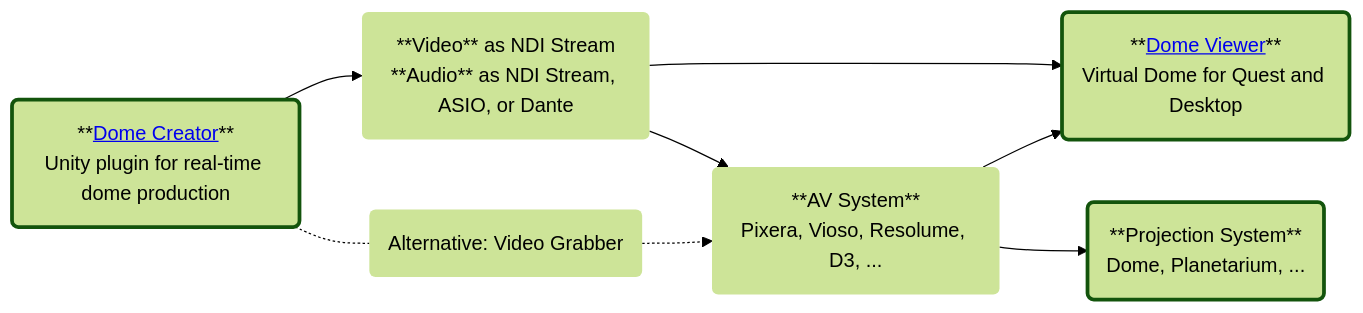
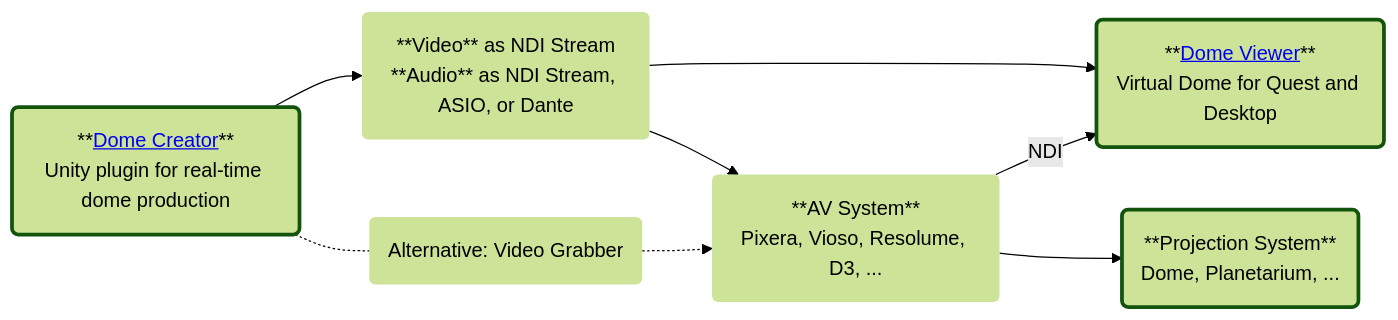
Before and after one commit to prefrontalcortex/DomeTools: the diagram in README.md, drawn with Mermaid (forest theme). The commit also changed other lines of this file and 1 other file, not shown here.

Commit message:
slight update to diagram and Dome Viewer description

````diff
--- a/README.md
+++ b/README.md
@@ -8,21 +8,21 @@
 ```mermaid
 flowchart LR;
     Creator("**<a href="https://github.com/prefrontalcortex/dometools#overview-dome-creator">Dome Creator</a>**<br>Unity plugin for real-time dome production")
     NDI("**Video** as NDI Stream<br>**Audio** as NDI Stream, ASIO, or Dante")
     Viewer("**<a href="https://github.com/prefrontalcortex/dometools#overview-dome-viewer">Dome Viewer</a>**<br>Virtual Dome for Quest and Desktop")
     P("**Projection System**<br>Dome, Planetarium, ...")
     AV(**AV System**<br>Pixera, Vioso, Resolume, D3, ...)
 
     Creator --> NDI --> Viewer
     NDI --> AV
     Creator .- n4("Alternative: Video Grabber") .-> AV
     AV --> P
-    AV --> Viewer
+    AV -- NDI --> Viewer
 
     style Creator stroke-width:3px
     style Viewer stroke-width:3px
     style P stroke-width: 3px
     style NDI stroke-width: 0px;
     style n4 stroke-width: 0px;
     style AV stroke-width: 0px;
 ```
````
